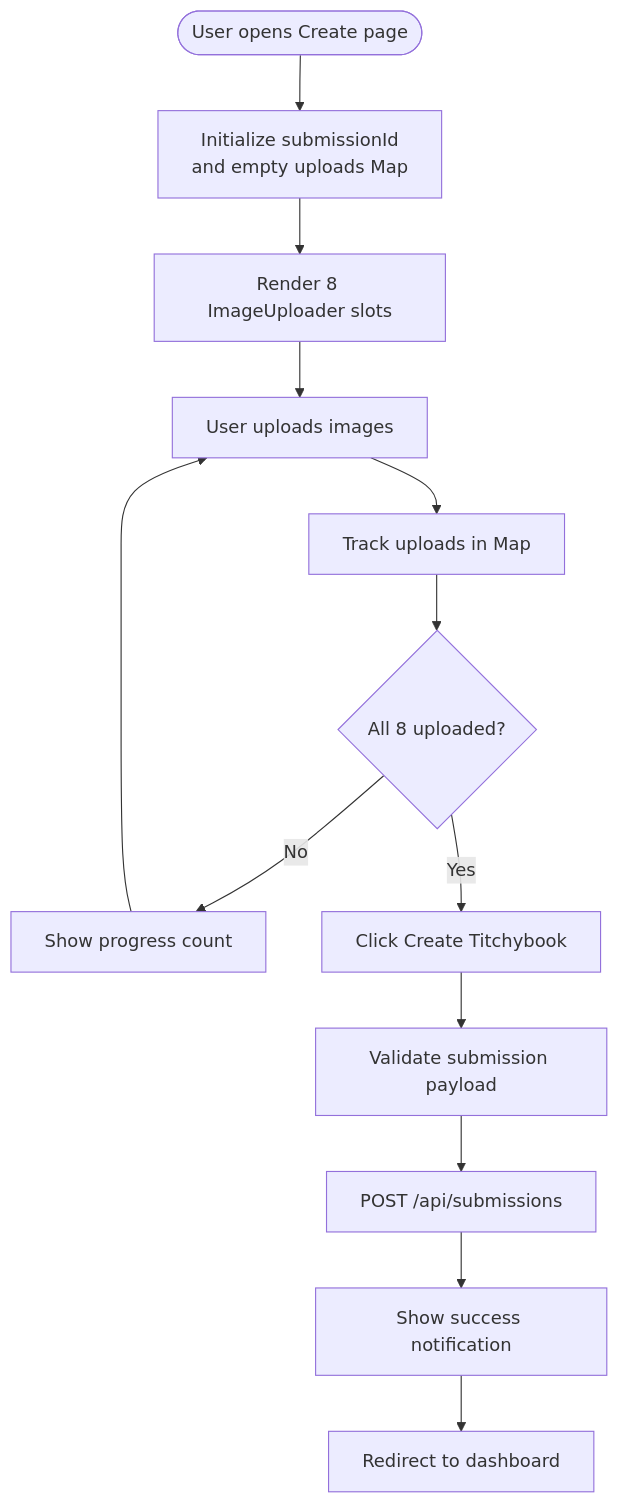
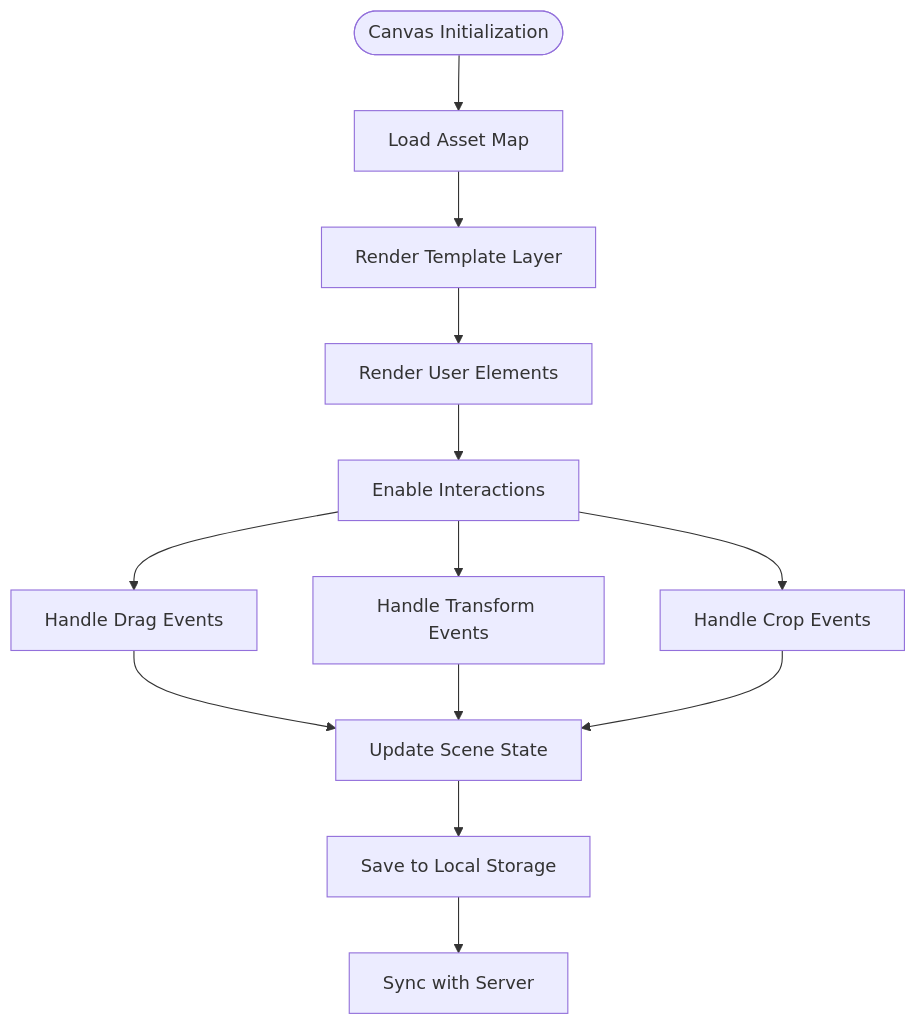
Before and after one commit to Crowdspender/titchybooks-app: the fourth of 12 diagrams in .qoder/repowiki/en/content/Image Upload System/Image Upload System.md, drawn with Mermaid. The commit also changed other lines of this file and 62 other files, not shown here.

First line of the commit message:
feat: Warm editorial UI redesign, AI assistant, toast notifications, empty states

````diff
--- a/.qoder/repowiki/en/content/Image Upload System/Image Upload System.md
+++ b/.qoder/repowiki/en/content/Image Upload System/Image Upload System.md
@@ -172,15 +273,15 @@
 ```mermaid
 flowchart TD
-Start([User opens Create page]) --> Init["Initialize submissionId<br/>and empty uploads Map"]
-Init --> Render["Render 8 ImageUploader slots"]
-Render --> Upload["User uploads images"]
-Upload --> Track["Track uploads in Map"]
-Track --> Check{"All 8 uploaded?"}
-Check --> |No| Wait["Show progress count"]
-Wait --> Upload
-Check --> |Yes| Submit["Click Create Titchybook"]
-Submit --> Validate["Validate submission payload"]
-Validate --> Success["POST /api/submissions"]
-Success --> Toast["Show success notification"]
-Toast --> Redirect["Redirect to dashboard"]
+Start([Canvas Initialization]) --> LoadAssets["Load Asset Map"]
+LoadAssets --> RenderTemplate["Render Template Layer"]
+RenderTemplate --> RenderUser["Render User Elements"]
+RenderUser --> Interactive["Enable Interactions"]
+Interactive --> Drag["Handle Drag Events"]
+Interactive --> Transform["Handle Transform Events"]
+Interactive --> Crop["Handle Crop Events"]
+Drag --> UpdateState["Update Scene State"]
+Transform --> UpdateState
+Crop --> UpdateState
+UpdateState --> SaveDraft["Save to Local Storage"]
+SaveDraft --> SyncServer["Sync with Server"]
 ```
````
